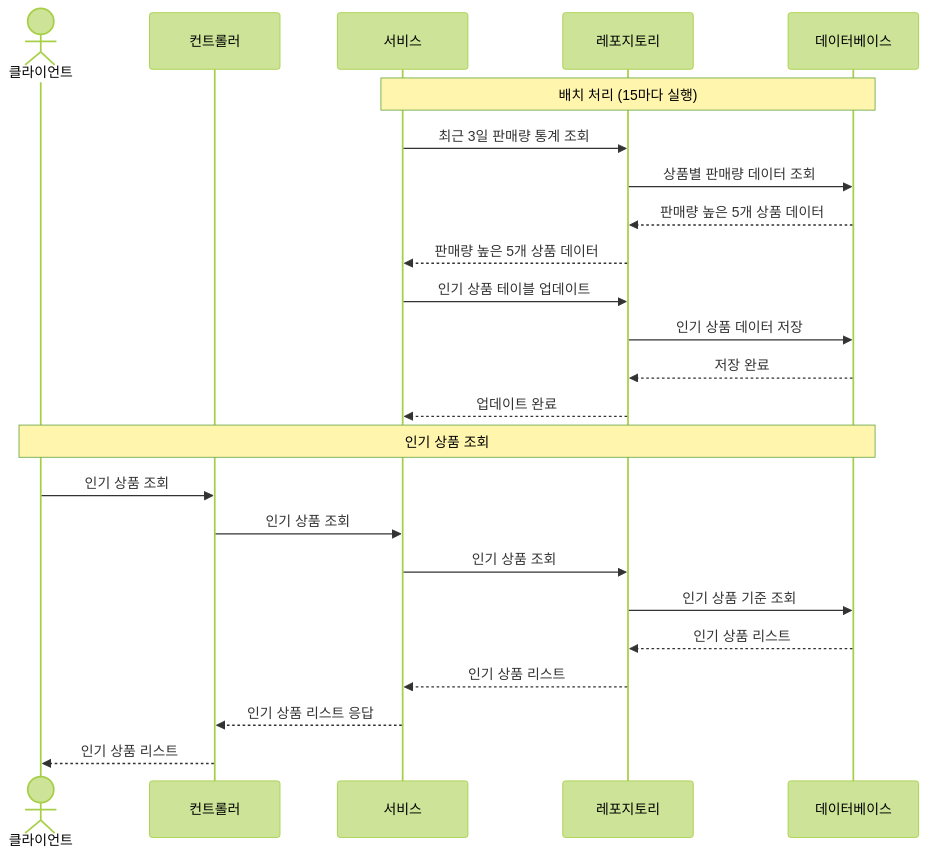
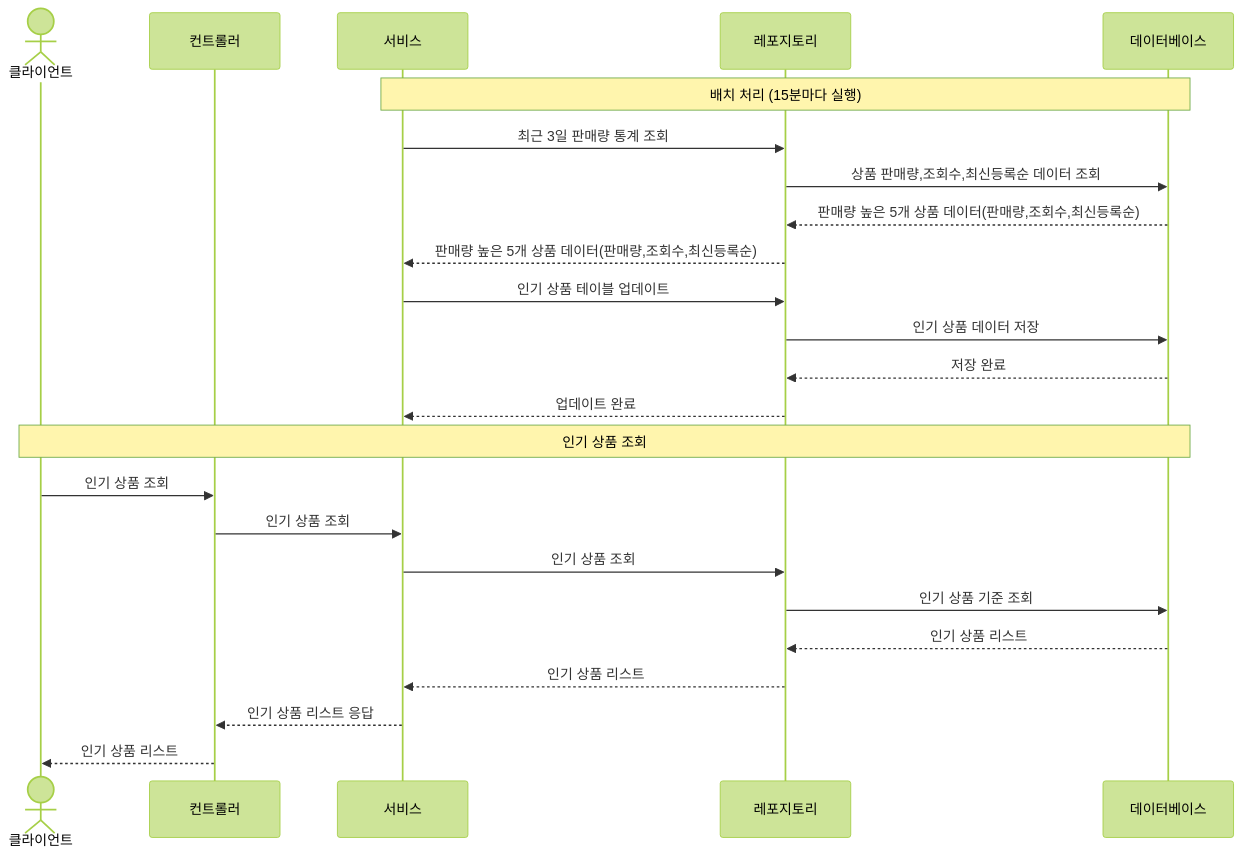
Before and after one commit to HAONMIK1/server: the fifth of 5 diagrams in .docs/sequence.md, drawn with Mermaid (forest theme). The commit also changed other lines of this file, not shown here.

Commit message:
시퀀스 다이어그램

````diff
--- a/.docs/sequence.md
+++ b/.docs/sequence.md
@@ -263,29 +266,29 @@
 ```mermaid
 sequenceDiagram
 
 actor  클라이언트
 participant 컨트롤러
 participant 서비스
 participant 레포지토리
 participant 데이터베이스
 
-    Note over 서비스, 데이터베이스: 배치 처리 (15마다 실행)
+    Note over 서비스, 데이터베이스: 배치 처리 (15분마다 실행)
     서비스->>레포지토리: 최근 3일 판매량 통계 조회
-    레포지토리->>데이터베이스: 상품별 판매량 데이터 조회
-    데이터베이스-->>레포지토리: 판매량 높은 5개 상품 데이터
-    레포지토리-->>서비스: 판매량 높은 5개 상품 데이터
+    레포지토리->>데이터베이스: 상품 판매량,조회수,최신등록순 데이터 조회
+    데이터베이스-->>레포지토리: 판매량 높은 5개 상품 데이터(판매량,조회수,최신등록순)
+    레포지토리-->>서비스: 판매량 높은 5개 상품 데이터(판매량,조회수,최신등록순)
 
     서비스->>레포지토리: 인기 상품 테이블 업데이트
     레포지토리->>데이터베이스: 인기 상품 데이터 저장
     데이터베이스-->>레포지토리: 저장 완료
     레포지토리-->>서비스: 업데이트 완료
     Note over 클라이언트, 데이터베이스: 인기 상품 조회
     클라이언트->>컨트롤러: 인기 상품 조회
     컨트롤러->>서비스: 인기 상품 조회
     서비스->>레포지토리: 인기 상품 조회
     레포지토리->>데이터베이스: 인기 상품 기준 조회
     데이터베이스-->>레포지토리: 인기 상품 리스트
     레포지토리-->>서비스: 인기 상품 리스트
     서비스-->>컨트롤러: 인기 상품 리스트 응답
     컨트롤러-->>클라이언트: 인기 상품 리스트
  ``` 
````
